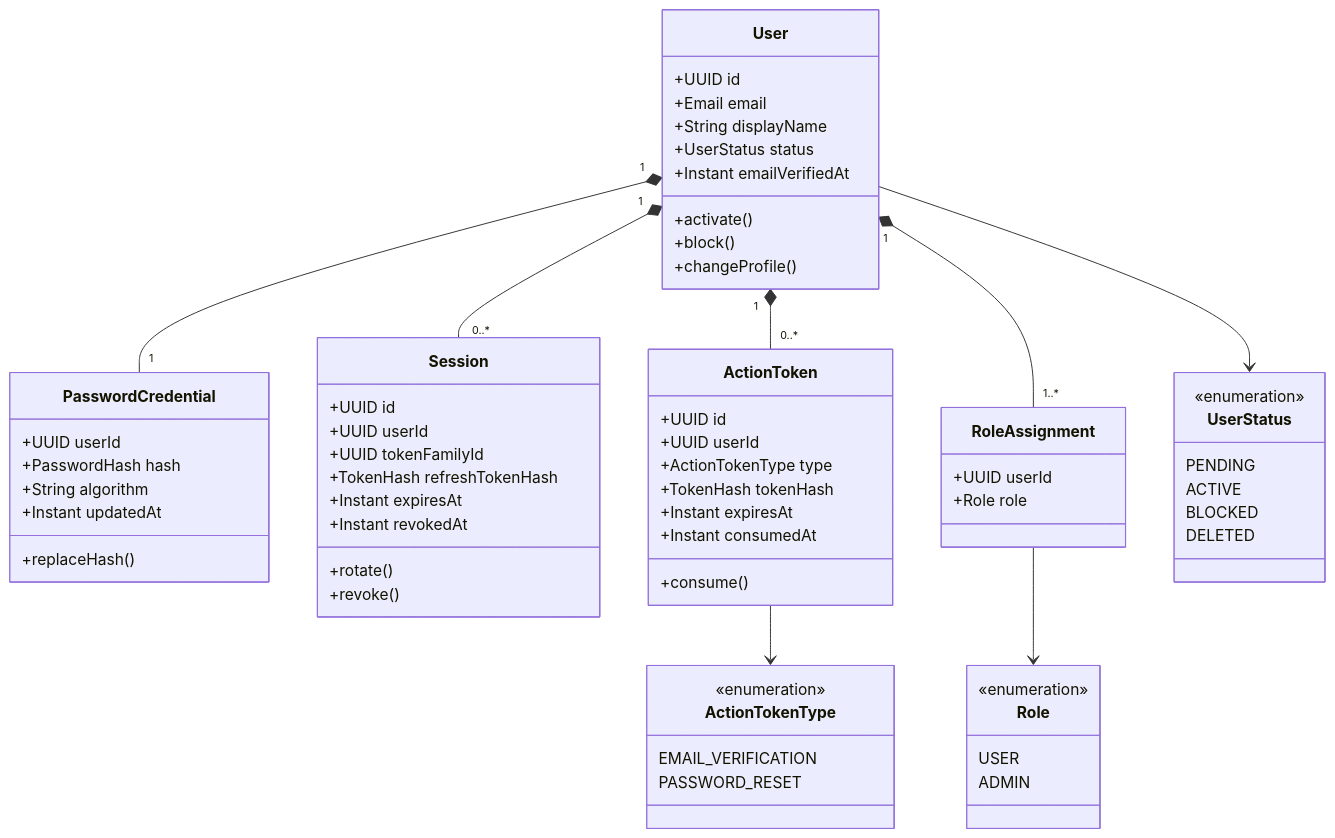
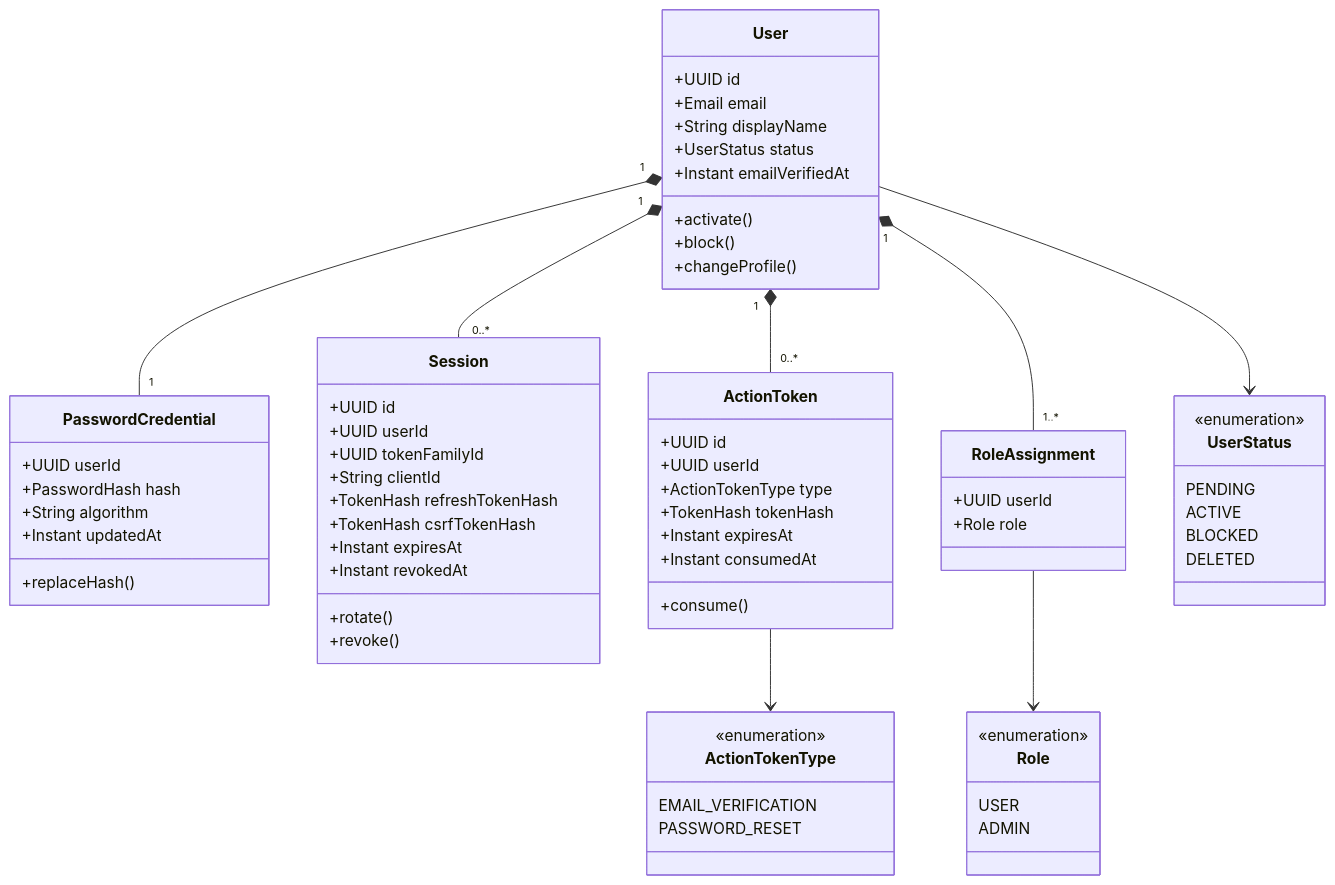
The fourth of 14 diagrams in docs/modelagem.md (Drufontael/mykytadu-api), drawn with Mermaid before and after one commit. The commit also changed other lines of this file and 11 other files, not shown here.

````diff
--- a/docs/modelagem.md
+++ b/docs/modelagem.md
@@ -151,68 +151,70 @@
 ```mermaid
 classDiagram
     class User {
         +UUID id
         +Email email
         +String displayName
         +UserStatus status
         +Instant emailVerifiedAt
         +activate()
         +block()
         +changeProfile()
     }
     class PasswordCredential {
         +UUID userId
         +PasswordHash hash
         +String algorithm
         +Instant updatedAt
         +replaceHash()
     }
     class Session {
         +UUID id
         +UUID userId
         +UUID tokenFamilyId
+        +String clientId
         +TokenHash refreshTokenHash
+        +TokenHash csrfTokenHash
         +Instant expiresAt
         +Instant revokedAt
         +rotate()
         +revoke()
     }
     class ActionToken {
         +UUID id
         +UUID userId
         +ActionTokenType type
         +TokenHash tokenHash
         +Instant expiresAt
         +Instant consumedAt
         +consume()
     }
     class RoleAssignment {
         +UUID userId
         +Role role
     }
     class UserStatus {
         <<enumeration>>
         PENDING
         ACTIVE
         BLOCKED
         DELETED
     }
     class Role {
         <<enumeration>>
         USER
         ADMIN
     }
     class ActionTokenType {
         <<enumeration>>
         EMAIL_VERIFICATION
         PASSWORD_RESET
     }
 
     User "1" *-- "1" PasswordCredential
     User "1" *-- "0..*" Session
     User "1" *-- "0..*" ActionToken
     User "1" *-- "1..*" RoleAssignment
     User --> UserStatus
     RoleAssignment --> Role
     ActionToken --> ActionTokenType
 ```
````
